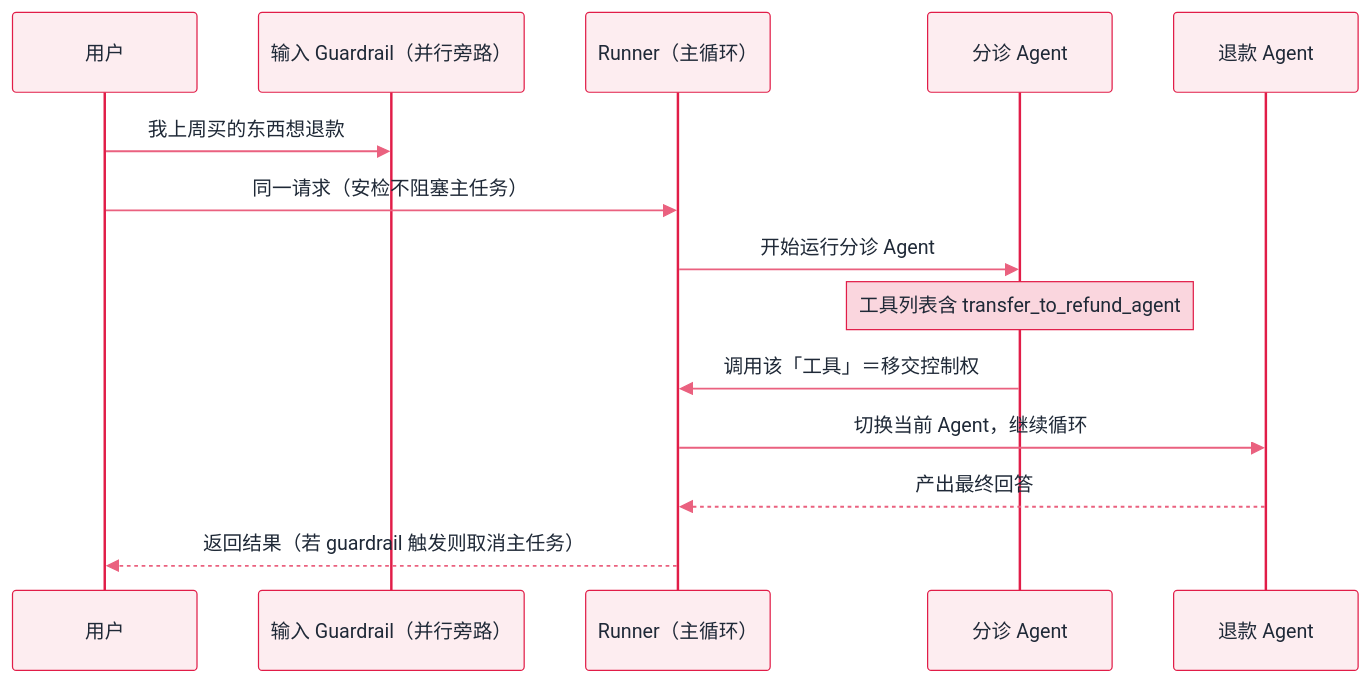
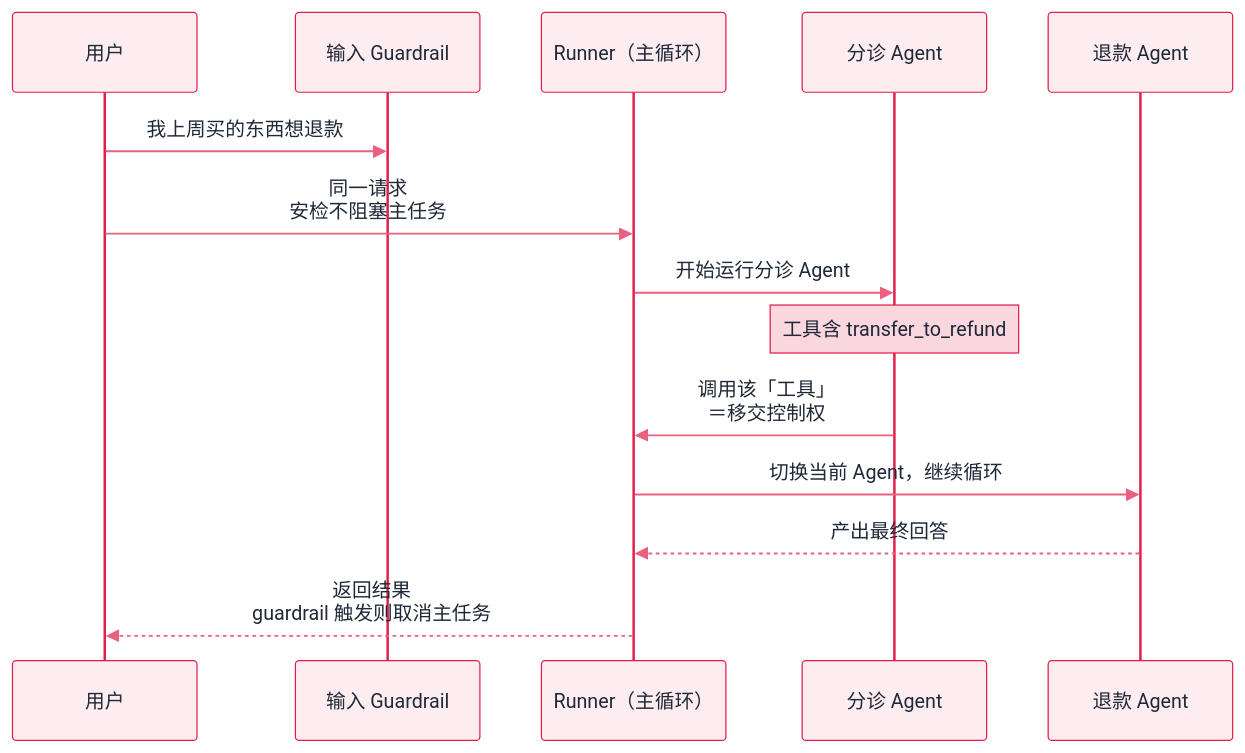
Before and after one commit to funny8kids/ai-agent-handbook: the diagram in docs/09-frameworks/openai-agents-sdk.md, drawn with Mermaid. The commit also changed other lines of this file and 45 other files, not shown here.

First line of the commit message:
Thicken 12 thin pages, clear 25 over-width diagrams, re-proportion 10 thin-ribbon diagrams

````diff
--- a/docs/09-frameworks/openai-agents-sdk.md
+++ b/docs/09-frameworks/openai-agents-sdk.md
@@ -46,17 +46,17 @@
 ```mermaid
 %%{init: {"theme":"base","themeVariables":{"primaryColor":"#FCE8ED","primaryBorderColor":"#E11D48","primaryTextColor":"#1F2937","secondaryColor":"#F8CDD7","tertiaryColor":"#FEF6F8","lineColor":"#EF839A","actorBkg":"#FDEDF0","actorBorder":"#E11D48","actorTextColor":"#1F2937","signalColor":"#EA617F","noteBkgColor":"#FAD6DE","noteBorderColor":"#E11D48","noteTextColor":"#1F2937","labelBoxBkgColor":"#FCE8ED","labelBoxBorderColor":"#E11D48"}}}%%
 sequenceDiagram
   participant U as 用户
-  participant GR as 输入 Guardrail（并行旁路）
+  participant GR as 输入 Guardrail
   participant R as Runner（主循环）
   participant T as 分诊 Agent
   participant F as 退款 Agent
   U->>GR: 我上周买的东西想退款
-  U->>R: 同一请求（安检不阻塞主任务）
+  U->>R: 同一请求<br/>安检不阻塞主任务
   R->>T: 开始运行分诊 Agent
-  Note over T: 工具列表含 transfer_to_refund_agent
-  T->>R: 调用该「工具」＝移交控制权
+  Note over T: 工具含 transfer_to_refund
+  T->>R: 调用该「工具」<br/>＝移交控制权
   R->>F: 切换当前 Agent，继续循环
   F-->>R: 产出最终回答
-  R-->>U: 返回结果（若 guardrail 触发则取消主任务）
+  R-->>U: 返回结果<br/>guardrail 触发则取消主任务
 ```
````
